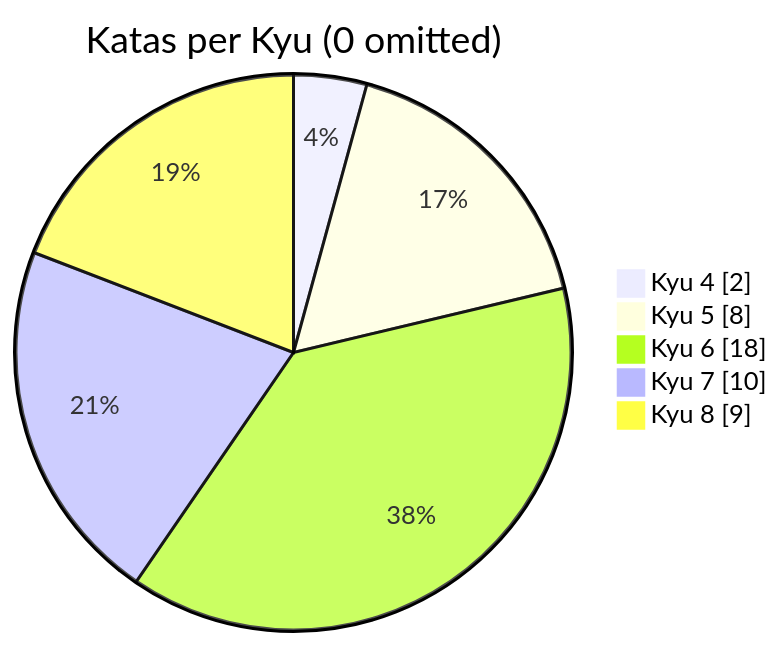
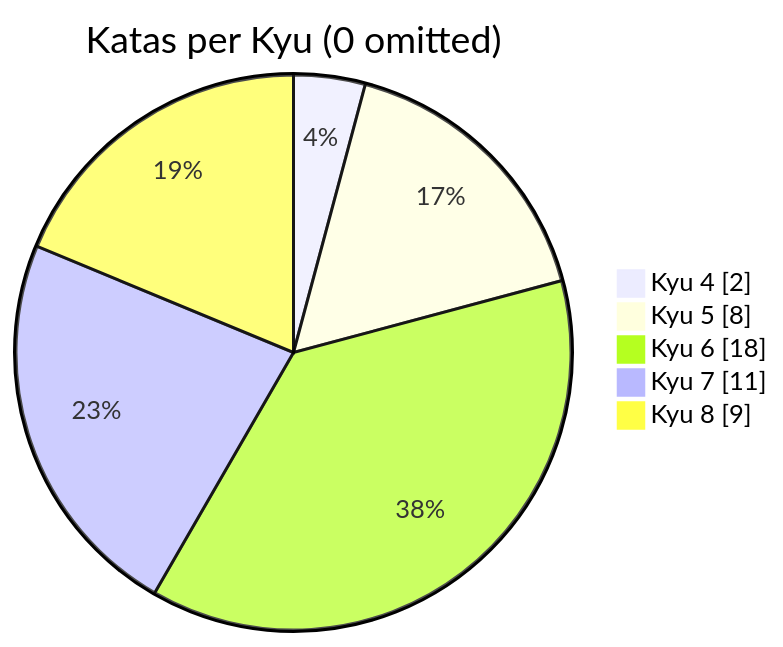
Before and after one commit to MauricioLudwig/codewars-typescript: the diagram in README.md, drawn with Mermaid. The commit also changed other lines of this file, not shown here.

````diff
--- a/README.md
+++ b/README.md
@@ -19,9 +19,9 @@
 ```mermaid
 pie showData
     title Katas per Kyu (0 omitted)
 	"Kyu 4": 2
 	"Kyu 5": 8
 	"Kyu 6": 18
-	"Kyu 7": 10
+	"Kyu 7": 11
 	"Kyu 8": 9
 ```
````
